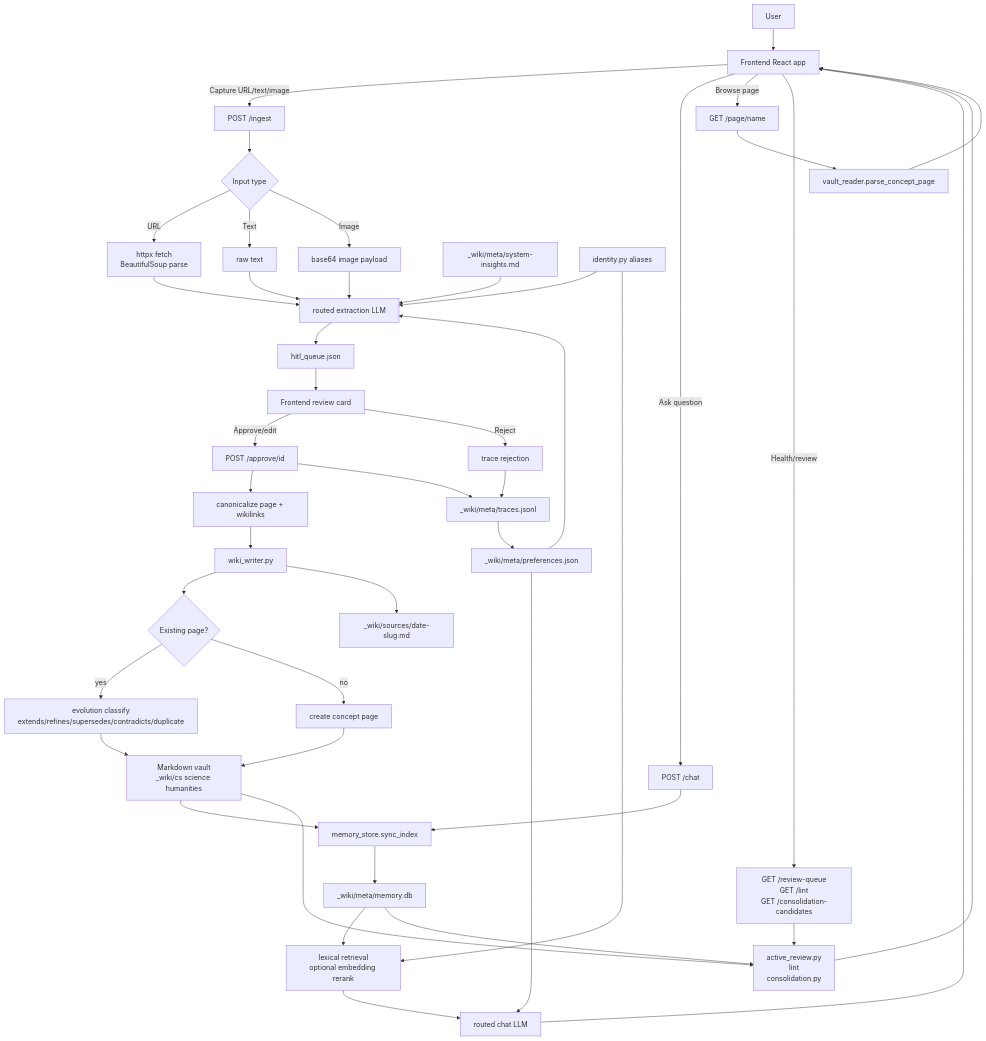
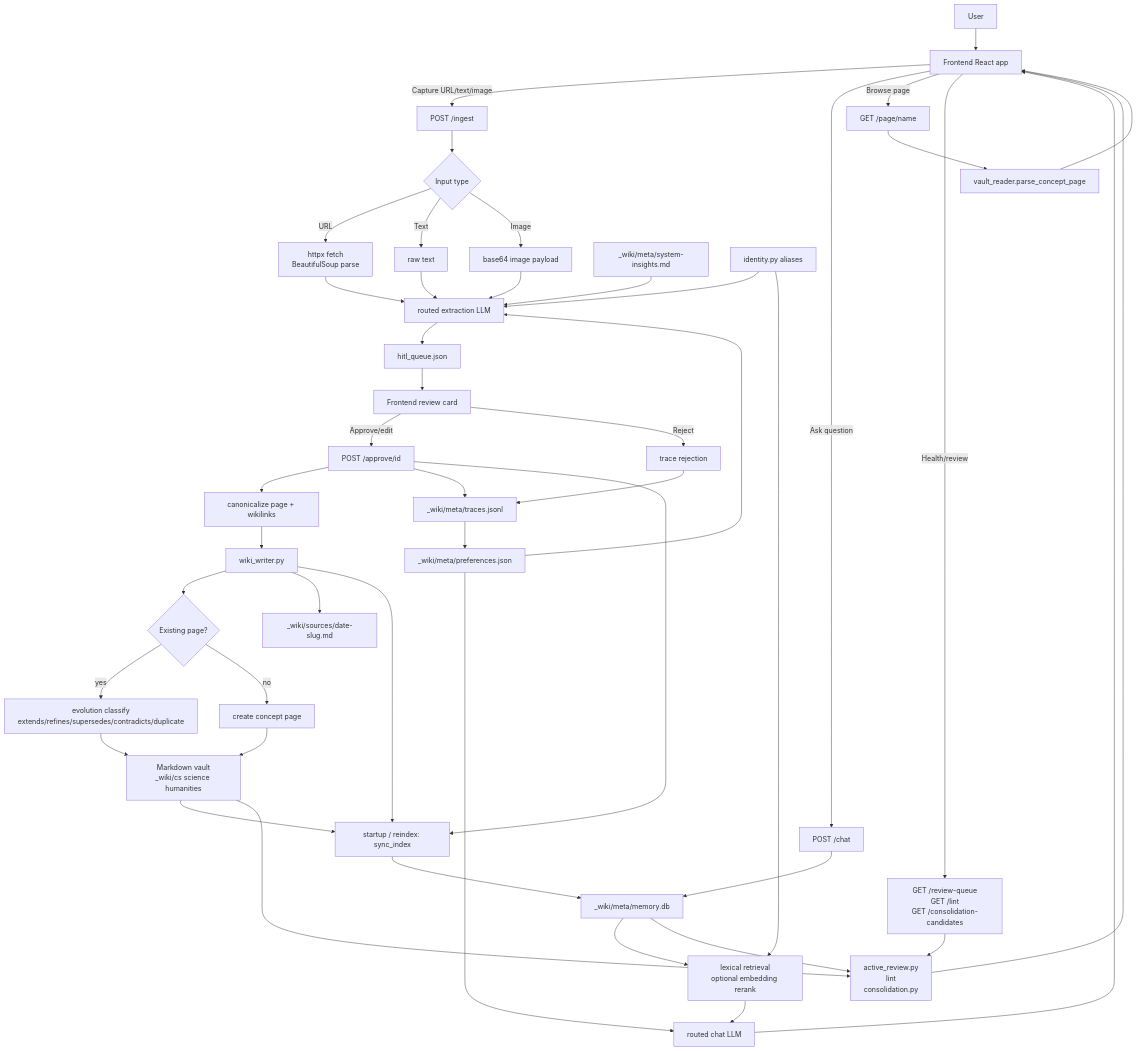
Before and after one commit to Sakethv7/SakethWiki: the third of 9 diagrams in CONCEPTS.md, drawn with Mermaid. The commit also changed other lines of this file and 5 other files, not shown here.

````diff
--- a/CONCEPTS.md
+++ b/CONCEPTS.md
@@ -77,55 +77,57 @@
 ```mermaid
 flowchart TD
     U[User] --> FE[Frontend React app]
 
     FE -->|Capture URL/text/image| ING[POST /ingest]
     FE -->|Ask question| CHAT[POST /chat]
     FE -->|Browse page| PAGE[GET /page/name]
     FE -->|Health/review| REVIEW[GET /review-queue\nGET /lint\nGET /consolidation-candidates]
 
     ING --> FETCH{Input type}
     FETCH -->|URL| HTML[httpx fetch\nBeautifulSoup parse]
     FETCH -->|Text| RAW[raw text]
     FETCH -->|Image| IMG[base64 image payload]
     HTML --> EXTRACT[routed extraction LLM]
     RAW --> EXTRACT
     IMG --> EXTRACT
 
     PREF[_wiki/meta/preferences.json] --> EXTRACT
     INSIGHTS[_wiki/meta/system-insights.md] --> EXTRACT
     ALIAS[identity.py aliases] --> EXTRACT
 
     EXTRACT --> QUEUE[hitl_queue.json]
     QUEUE --> FE_REVIEW[Frontend review card]
     FE_REVIEW -->|Approve/edit| APPROVE[POST /approve/id]
     FE_REVIEW -->|Reject| REJECT[trace rejection]
 
     APPROVE --> CANON[canonicalize page + wikilinks]
     CANON --> WRITE[wiki_writer.py]
     WRITE --> EVOLVE{Existing page?}
     EVOLVE -->|yes| CLASSIFY[evolution classify\nextends/refines/supersedes/contradicts/duplicate]
     EVOLVE -->|no| CREATE[create concept page]
     CLASSIFY --> VAULT[Markdown vault\n_wiki/cs science humanities]
     CREATE --> VAULT
     WRITE --> SOURCE[_wiki/sources/date-slug.md]
     APPROVE --> TRACE[_wiki/meta/traces.jsonl]
     REJECT --> TRACE
     TRACE --> PREF
 
-    CHAT --> SYNC[memory_store.sync_index]
-    VAULT --> SYNC
+    WRITE --> SYNC[memory_store.index_page]
+    APPROVE --> SYNC
+    VAULT --> SYNC[startup / reindex: sync_index]
     SYNC --> DB[_wiki/meta/memory.db]
+    CHAT --> DB
     DB --> RETRIEVE[lexical retrieval\noptional embedding rerank]
     ALIAS --> RETRIEVE
     RETRIEVE --> ANSWER[routed chat LLM]
     PREF --> ANSWER
     ANSWER --> FE
 
     PAGE --> PARSE[vault_reader.parse_concept_page]
     PARSE --> FE
 
     REVIEW --> REVIEWER[active_review.py\nlint\nconsolidation.py]
     VAULT --> REVIEWER
     DB --> REVIEWER
     REVIEWER --> FE
 ```
````
